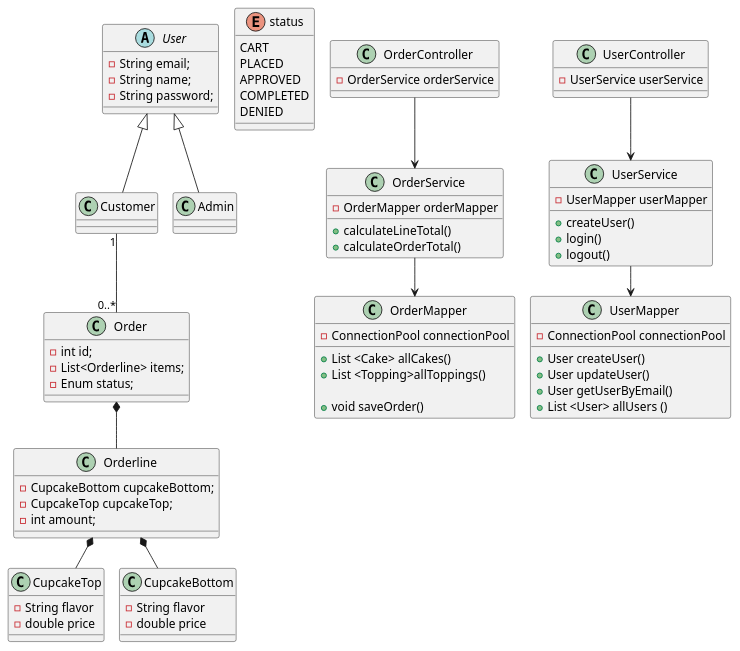
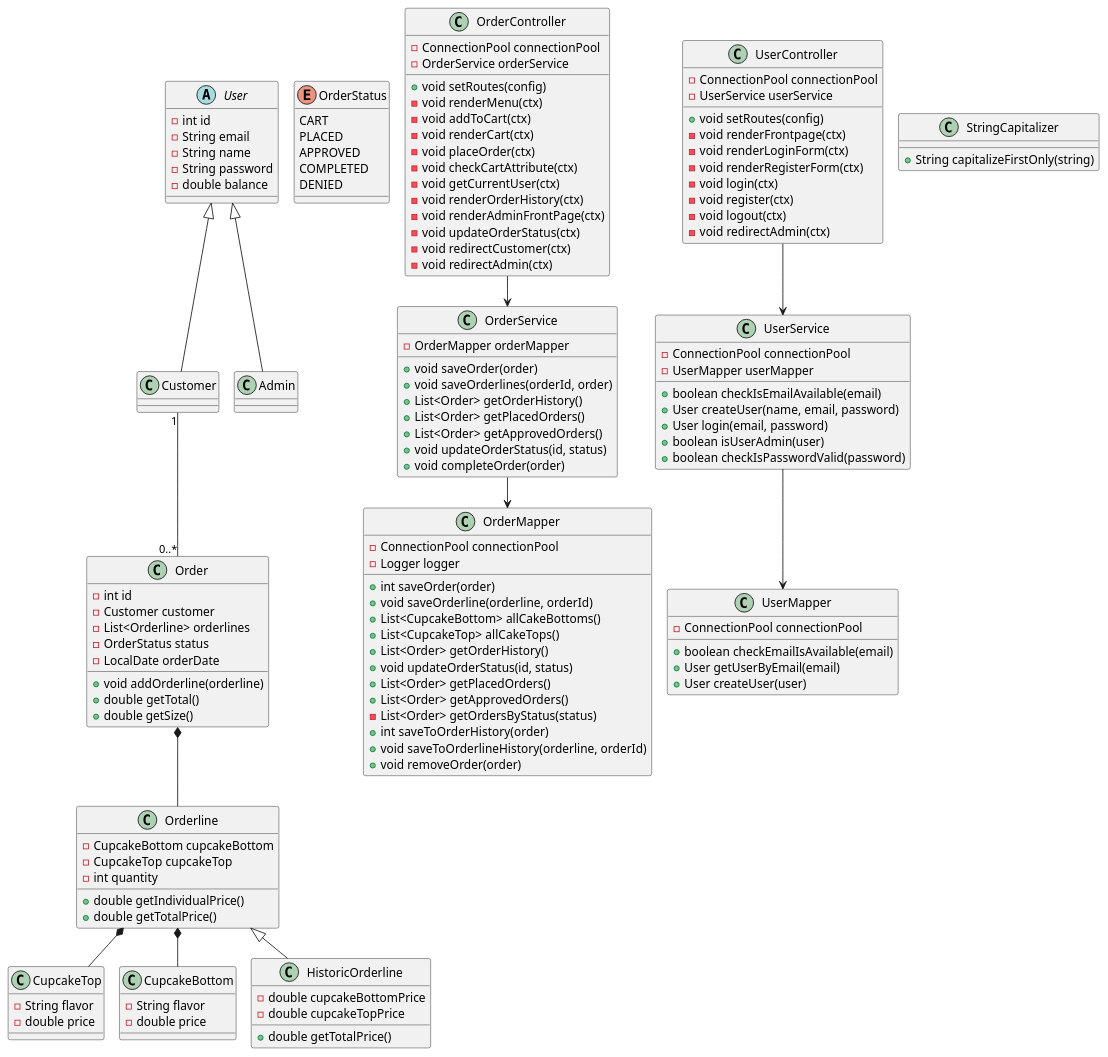
One commit to Ledut-dev/Cupcake changed the diagram in docs/Class-diagram.puml. Above: the diagram before and after it, drawn with PlantUML. The commit also changed 2 other files, not shown here.

```diff
--- a/docs/Class-diagram.puml
+++ b/docs/Class-diagram.puml
@@ -1,101 +1,162 @@
 @startuml
 'https://plantuml.com/class-diagram
 !pragma layout smetana
 
 class CupcakeTop{
 -String flavor
 -double price
 }
 
 class CupcakeBottom{
 -String flavor
 -double price
 }
 
 class Orderline{
-- CupcakeBottom cupcakeBottom;
-- CupcakeTop cupcakeTop;
-- int amount;
+- CupcakeBottom cupcakeBottom
+- CupcakeTop cupcakeTop
+- int quantity
+
++ double getIndividualPrice()
++ double getTotalPrice()
+}
+
+class HistoricOrderline extends Orderline{
+- double cupcakeBottomPrice
+- double cupcakeTopPrice
+
++ double getTotalPrice()
 }
 
 
+class Order {
+ - int id
+ - Customer customer
+ - List<Orderline> orderlines
+ - OrderStatus status
+ - LocalDate orderDate
 
-class Order {
- - int id;
- - List<Orderline> items;
- - Enum status;
+ + void addOrderline(orderline)
+ + double getTotal()
+ + double getSize()
 }
 
-Enum status{
+Enum OrderStatus{
 CART
 PLACED
 APPROVED
 COMPLETED
 DENIED
 }
 
 class OrderService{
 -OrderMapper orderMapper
 
-+calculateLineTotal()
-+calculateOrderTotal()
++ void saveOrder(order)
++ void saveOrderlines(orderId, order)
++ List<Order> getOrderHistory()
++ List<Order> getPlacedOrders()
++ List<Order> getApprovedOrders()
++ void updateOrderStatus(id, status)
++ void completeOrder(order)
 }
 
 class OrderController{
--OrderService orderService
+- ConnectionPool connectionPool
+- OrderService orderService
+
++ void setRoutes(config)
+- void renderMenu(ctx)
+- void addToCart(ctx)
+- void renderCart(ctx)
+- void placeOrder(ctx)
+- void checkCartAttribute(ctx)
+- void getCurrentUser(ctx)
+- void renderOrderHistory(ctx)
+- void renderAdminFrontPage(ctx)
+- void updateOrderStatus(ctx)
+- void redirectCustomer(ctx)
+- void redirectAdmin(ctx)
 }
 
 class OrderMapper {
 -ConnectionPool connectionPool
+- Logger logger
 
-+List <Cake> allCakes()
-+List <Topping>allToppings()
-
-+void saveOrder()
++ int saveOrder(order)
++ void saveOrderline(orderline, orderId)
++ List<CupcakeBottom> allCakeBottoms()
++ List<CupcakeTop> allCakeTops()
++ List<Order> getOrderHistory()
++ void updateOrderStatus(id, status)
++ List<Order> getPlacedOrders()
++ List<Order> getApprovedOrders()
+- List<Order> getOrdersByStatus(status)
++ int saveToOrderHistory(order)
++ void saveToOrderlineHistory(orderline, orderId)
++ void removeOrder(order)
 }
 
 abstract class User{
--String email;
--String name;
--String password;
+-int id
+-String email
+-String name
+-String password
+-double balance
 }
 
 class Customer extends User{
 }
 
 class Admin extends User{
 }
 
 class UserController{
+- ConnectionPool connectionPool
 - UserService userService
+
++ void setRoutes(config)
+- void renderFrontpage(ctx)
+- void renderLoginForm(ctx)
+- void renderRegisterForm(ctx)
+- void login(ctx)
+- void register(ctx)
+- void logout(ctx)
+- void redirectAdmin(ctx)
 }
 
 class UserService{
+- ConnectionPool connectionPool
 - UserMapper userMapper
-+createUser()
-+login()
-+logout()
+
++ boolean checkIsEmailAvailable(email)
++ User createUser(name, email, password)
++ User login(email, password)
++ boolean isUserAdmin(user)
++ boolean checkIsPasswordValid(password)
 }
 
 class UserMapper{
 -ConnectionPool connectionPool
 
-+ User createUser()
-+ User updateUser()
-+ User getUserByEmail()
-+ List <User> allUsers ()
++ boolean checkEmailIsAvailable(email)
++ User getUserByEmail(email)
++ User createUser(user)
+}
 
+class StringCapitalizer {
++ String capitalizeFirstOnly(string)
 }
 
 
 Order *-- Orderline
 Orderline *-- CupcakeBottom
 Orderline *-- CupcakeTop
 Customer "1"-- "0..*"Order
 OrderService --> OrderMapper
 OrderController --> OrderService
 UserService --> UserMapper
 UserController --> UserService
 
 
 @enduml
```
